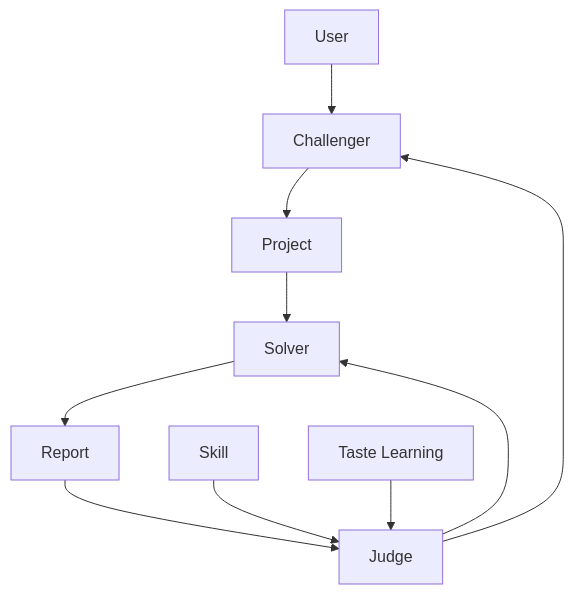
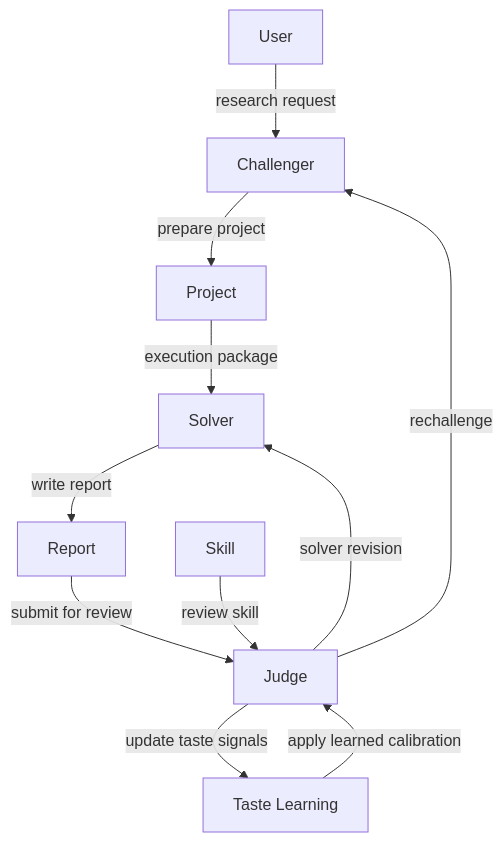
The first of 2 diagrams in README.md (robbenplus/MarkScientist), drawn with Mermaid before and after one commit.

Commit message:
Clarify taste learning feedback loop

````diff
--- a/README.md
+++ b/README.md
@@ -107,21 +107,22 @@
 ```mermaid
 flowchart TD
     U[User]
     C[Challenger]
     P[Project]
     S[Solver]
     R[Report]
     J[Judge]
     SK[Skill]
     TL[Taste Learning]
 
-    U --> C
-    C --> P
-    P --> S
-    S --> R
-    R --> J
-    J --> S
-    J --> C
-    SK --> J
-    TL --> J
+    U -->|research request| C
+    C -->|prepare project| P
+    P -->|execution package| S
+    S -->|write report| R
+    R -->|submit for review| J
+    J -->|solver revision| S
+    J -->|rechallenge| C
+    SK -->|review skill| J
+    J -->|update taste signals| TL
+    TL -->|apply learned calibration| J
 ```
````
